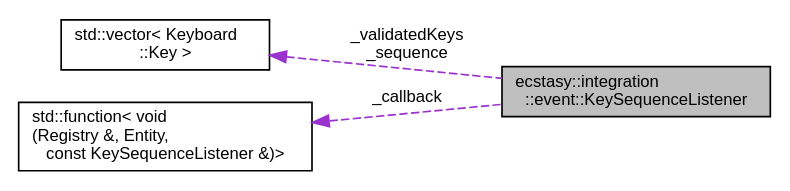
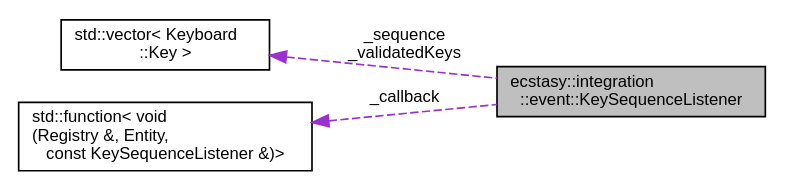
Before and after one commit to AndreasLrx/ecstasy: the diagram in classecstasy_1_1integration_1_1event_1_1_key_sequence_listener__coll__graph.dot, drawn with Graphviz. The commit also changed 1072 other files, not shown here.

```diff
--- a/classecstasy_1_1integration_1_1event_1_1_key_sequence_listener__coll__graph.dot
+++ b/classecstasy_1_1integration_1_1event_1_1_key_sequence_listener__coll__graph.dot
@@ -1,12 +1,12 @@
 digraph "ecstasy::integration::event::KeySequenceListener"
 {
  // LATEX_PDF_SIZE
   edge [fontname="Helvetica",fontsize="10",labelfontname="Helvetica",labelfontsize="10"];
   node [fontname="Helvetica",fontsize="10",shape=record];
   rankdir="LR";
   Node1 [label="ecstasy::integration\l::event::KeySequenceListener",height=0.2,width=0.4,color="black", fillcolor="grey75", style="filled", fontcolor="black",tooltip="Listener of a key sequence."];
-  Node2 -> Node1 [dir="back",color="darkorchid3",fontsize="10",style="dashed",label=" _validatedKeys\n_sequence" ,fontname="Helvetica"];
+  Node2 -> Node1 [dir="back",color="darkorchid3",fontsize="10",style="dashed",label=" _sequence\n_validatedKeys" ,fontname="Helvetica"];
   Node2 [label="std::vector\< Keyboard\l::Key \>",height=0.2,width=0.4,color="black", fillcolor="white", style="filled",URL="/home/runner/work/ecstasy/ecstasy/doc/external/cppreference-doxygen-web.tag.xml$cpp/container/vector.html",tooltip=" "];
   Node3 -> Node1 [dir="back",color="darkorchid3",fontsize="10",style="dashed",label=" _callback" ,fontname="Helvetica"];
   Node3 [label="std::function\< void\l(Registry &, Entity,\l const KeySequenceListener &)\>",height=0.2,width=0.4,color="black", fillcolor="white", style="filled",URL="/home/runner/work/ecstasy/ecstasy/doc/external/cppreference-doxygen-web.tag.xml$cpp/utility/functional/function.html",tooltip=" "];
 }
```
